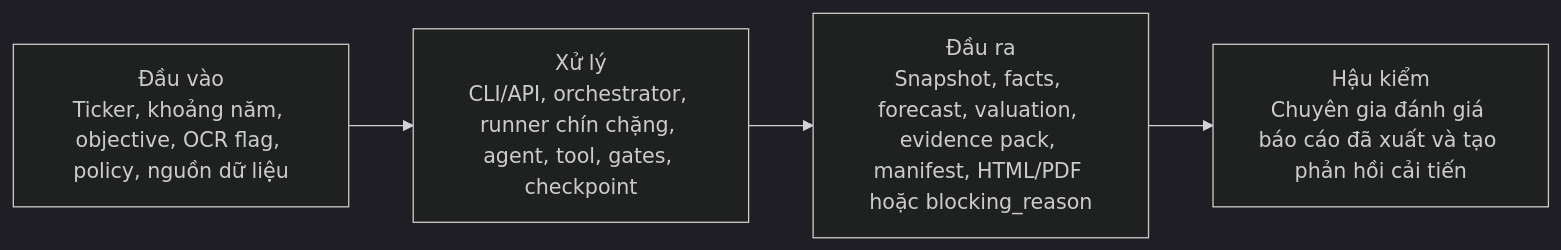
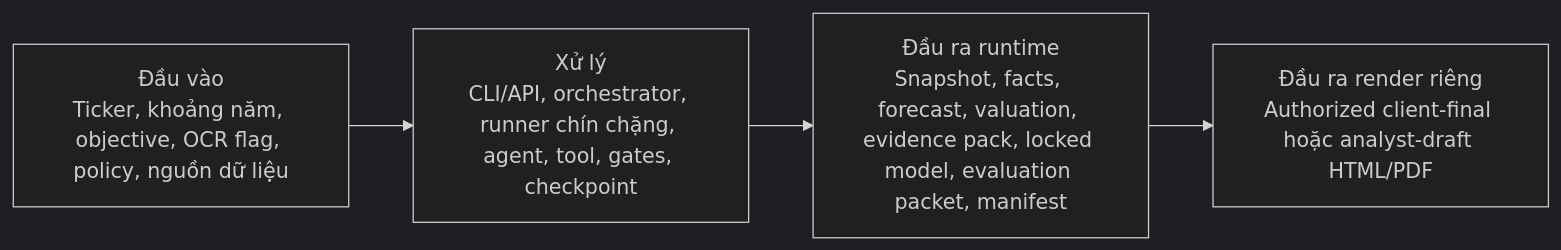
Before and after one commit to haubelerche/equity-research-system: diagram 24 of 24 in docs/SEQUENCE.md, drawn with Mermaid (dark theme). The commit also changed other lines of this file and 178 other files, not shown here.

````diff
--- a/docs/SEQUENCE.md
+++ b/docs/SEQUENCE.md
@@ -662,9 +650,9 @@
 ```mermaid
 flowchart LR
     A["Đầu vào<br/>Ticker, khoảng năm, objective, OCR flag, policy, nguồn dữ liệu"]
     B["Xử lý<br/>CLI/API, orchestrator, runner chín chặng, agent, tool, gates, checkpoint"]
-    C["Đầu ra<br/>Snapshot, facts, forecast, valuation, evidence pack, manifest, HTML/PDF hoặc blocking_reason"]
-    D["Hậu kiểm<br/>Chuyên gia đánh giá báo cáo đã xuất và tạo phản hồi cải tiến"]
+    C["Đầu ra runtime<br/>Snapshot, facts, forecast, valuation, evidence pack, locked model, evaluation packet, manifest"]
+    D["Đầu ra render riêng<br/>Authorized client-final hoặc analyst-draft HTML/PDF"]
 
     A --> B --> C --> D
 ```
````
